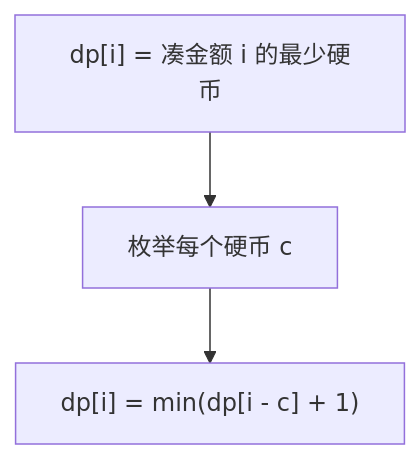
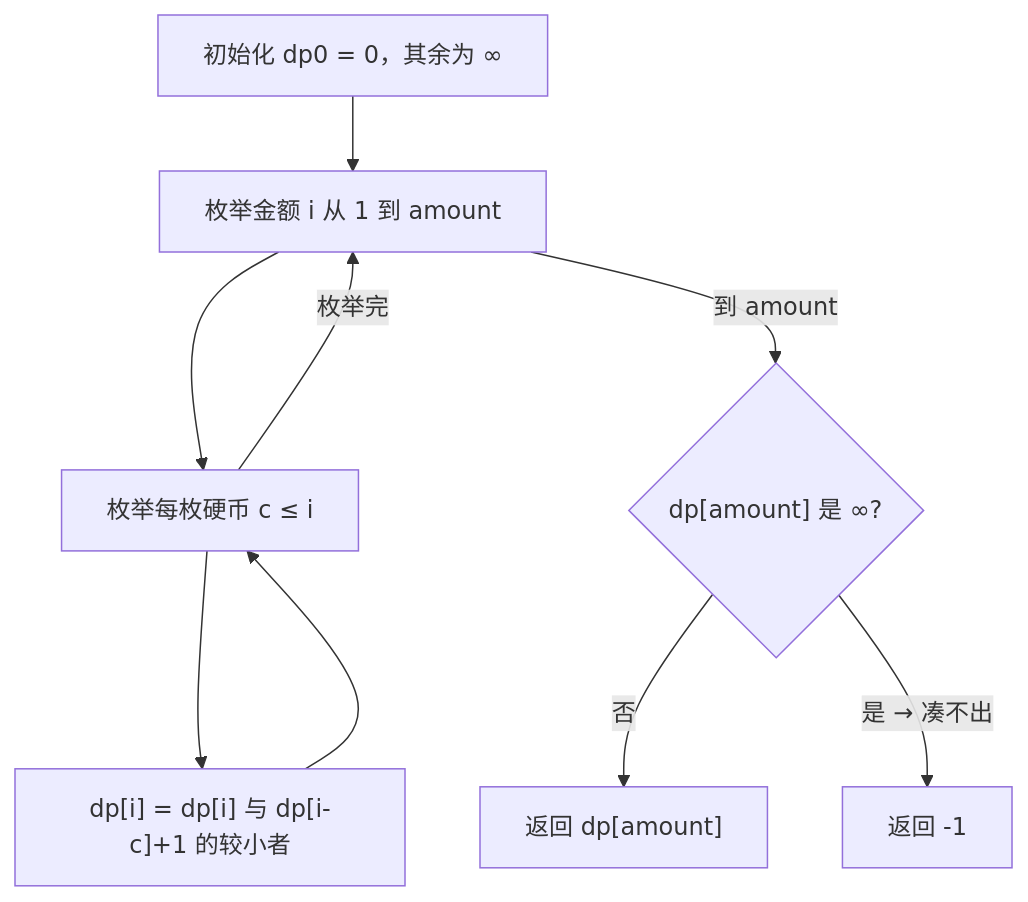
One commit to OctalZero/hot100-py changed the first of 2 diagrams in 16-动态规划/0322-零钱兑换.md. Above: the diagram before and after it, drawn with Mermaid. The commit also changed other lines of this file and 117 other files, not shown here.

First line of the commit message:
feat: 全题解配图升级为「动画式 mermaid」（总览骨架 + 横向时间线逐步推演）

````diff
--- a/16-动态规划/0322-零钱兑换.md
+++ b/16-动态规划/0322-零钱兑换.md
@@ -23,5 +23,11 @@
 ```mermaid
 flowchart TD
-    A["dp[i] = 凑金额 i 的最少硬币"] --> B["枚举每个硬币 c"]
-    B --> C["dp[i] = min(dp[i - c] + 1)"]
+    A["初始化 dp0 = 0，其余为 ∞"] --> B["枚举金额 i 从 1 到 amount"]
+    B --> C["枚举每枚硬币 c ≤ i"]
+    C --> D["dp[i] = dp[i] 与 dp[i-c]+1 的较小者"]
+    D --> C
+    C -->|"枚举完"| B
+    B -->|"到 amount"| E{"dp[amount] 是 ∞?"}
+    E -->|"否"| F["返回 dp[amount]"]
+    E -->|"是 → 凑不出"| G["返回 -1"]
 ```
````
